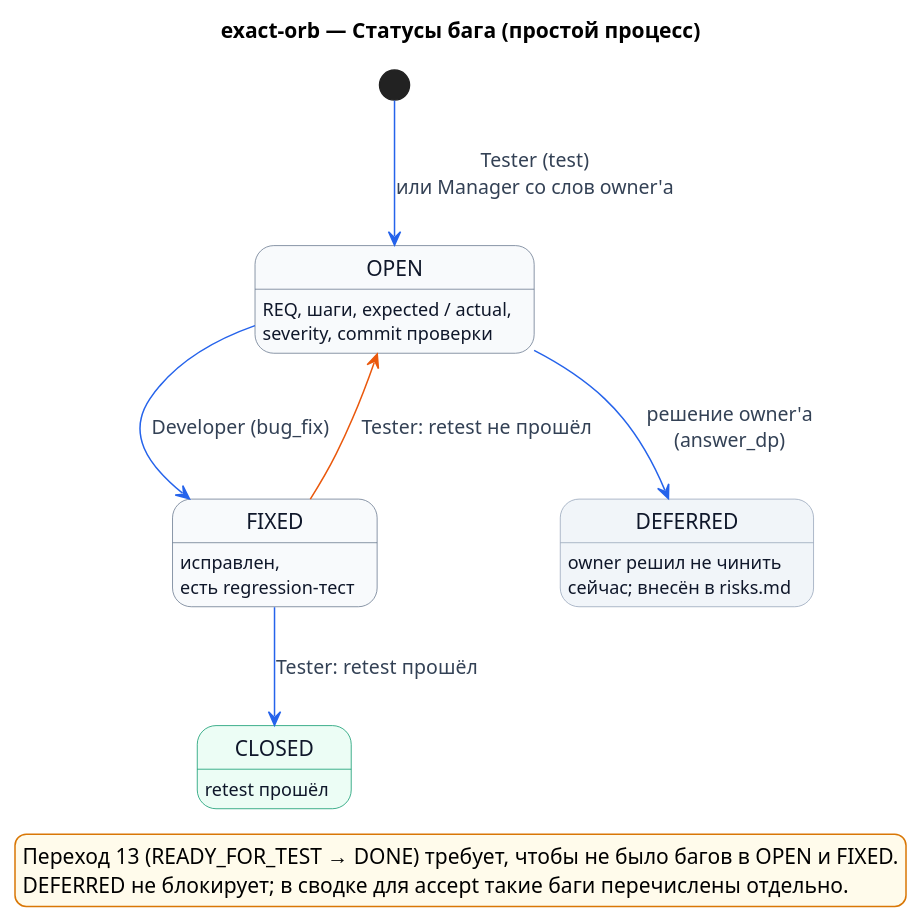
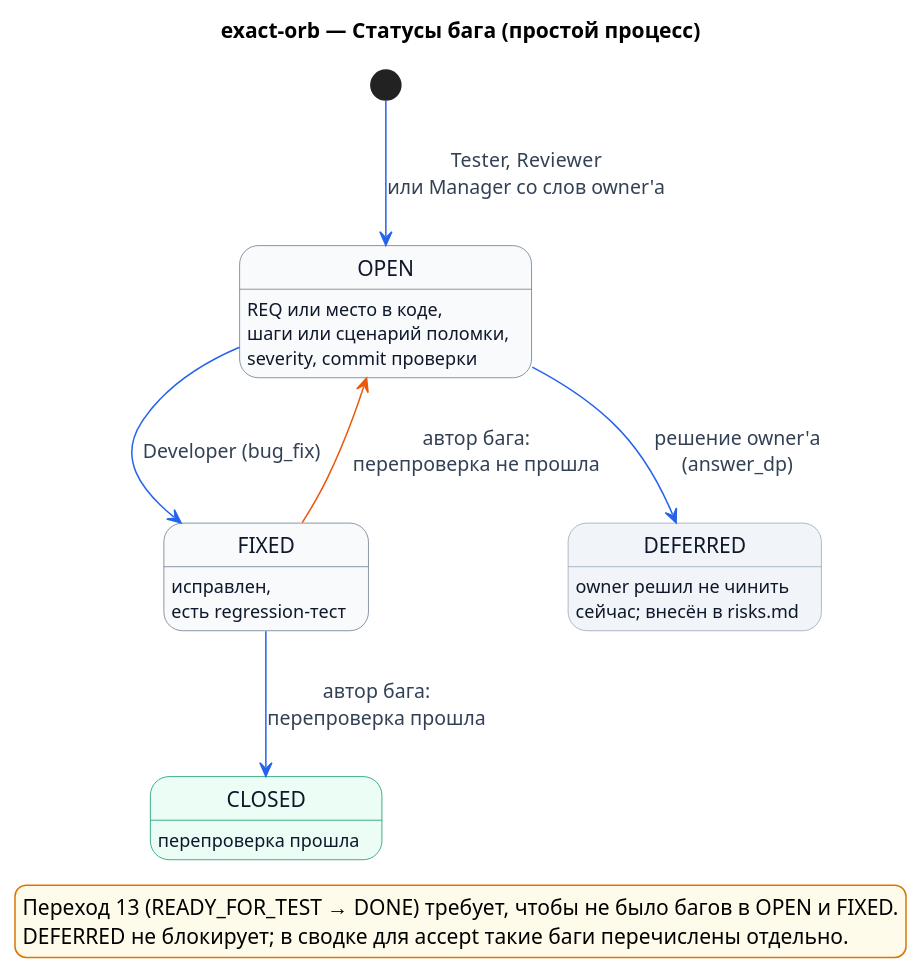
The diagram in docs/development_approach/process/process_diagram/006-bug-states.puml (ksenia-baranova/exact-orb-demo), drawn with PlantUML before and after one commit. The commit also changed 28 other files, not shown here.

Commit message:
docs: update architecture diagrams, overview, and scenarios

```diff
--- a/docs/development_approach/process/process_diagram/006-bug-states.puml
+++ b/docs/development_approach/process/process_diagram/006-bug-states.puml
@@ -1,42 +1,42 @@
 @startuml
 title exact-orb — Статусы бага (простой процесс)
 
 ' Источник: «Процесс работы над изменением v2», раздел «Баги».
-' Один баг — один файл bugs/BUG-*.md. Заводит Tester (в READY_FOR_TEST)
-' или Manager со слов owner'а (в DONE). Статус FIXED ставит Developer, CLOSED — Tester.
+' Один баг — один файл bugs/BUG-*.md. Заводит Tester (test), Reviewer (code_review)
+' или Manager со слов owner'а (accept). FIXED ставит Developer, CLOSED — автор бага.
 
 hide empty description
 skinparam shadowing false
 skinparam state {
     BackgroundColor #F8FAFC
     BorderColor #64748B
     FontColor #0F172A
     ArrowColor #2563EB
     ArrowFontColor #334155
     BackgroundColor<<final>> #ECFDF5
     BorderColor<<final>> #059669
     BackgroundColor<<stop>> #F1F5F9
     BorderColor<<stop>> #94A3B8
 }
 skinparam legend {
     BackgroundColor #FFFBEB
     BorderColor #D97706
 }
 
-state OPEN : REQ, шаги, expected / actual,\nseverity, commit проверки
+state OPEN : REQ или место в коде,\nшаги или сценарий поломки,\nseverity, commit проверки
 state FIXED : исправлен,\nесть regression-тест
-state CLOSED <<final>> : retest прошёл
+state CLOSED <<final>> : перепроверка прошла
 state DEFERRED <<stop>> : owner решил не чинить\nсейчас; внесён в risks.md
 
-[*] --> OPEN : Tester (test)\nили Manager со слов owner'а
+[*] --> OPEN : Tester, Reviewer\nили Manager со слов owner'а
 OPEN --> FIXED : Developer (bug_fix)
-FIXED --> CLOSED : Tester: retest прошёл
-FIXED -[#EA580C]-> OPEN : Tester: retest не прошёл
+FIXED --> CLOSED : автор бага:\nперепроверка прошла
+FIXED -[#EA580C]-> OPEN : автор бага:\nперепроверка не прошла
 OPEN --> DEFERRED : решение owner'а\n(answer_dp)
 
 legend bottom left
   Переход 13 (READY_FOR_TEST → DONE) требует, чтобы не было багов в OPEN и FIXED.
   DEFERRED не блокирует; в сводке для accept такие баги перечислены отдельно.
 endlegend
 
 @enduml
```
